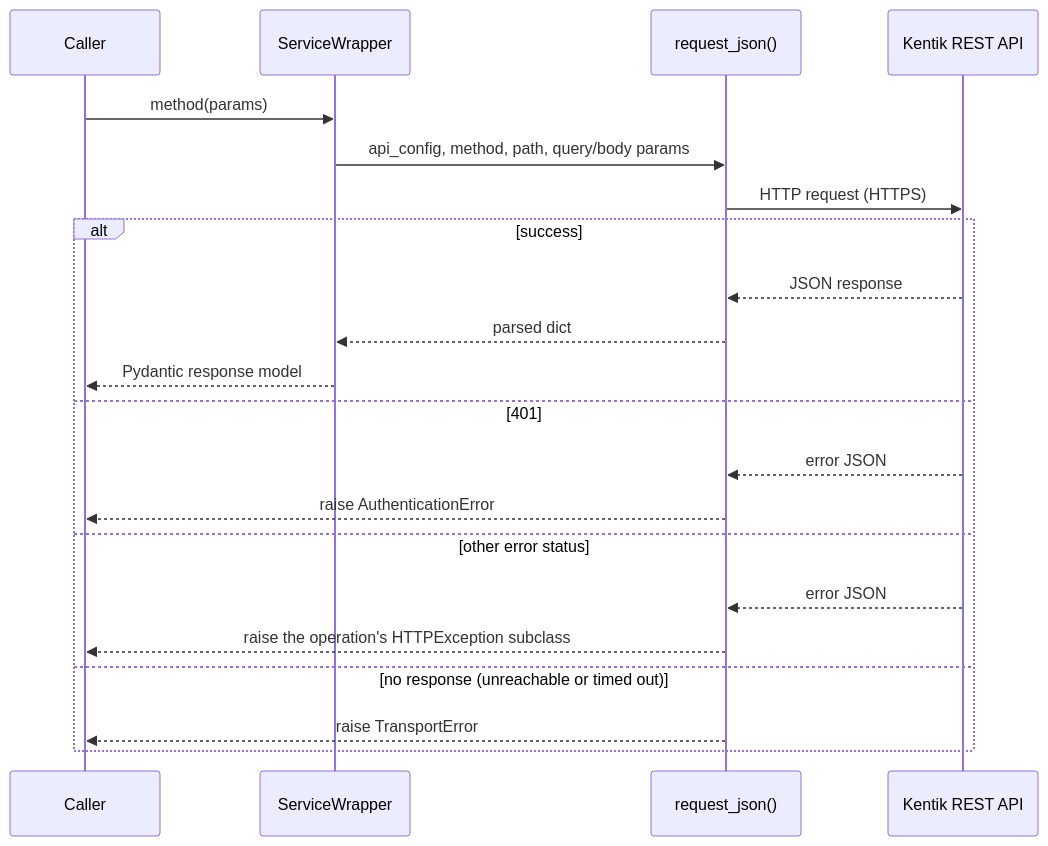
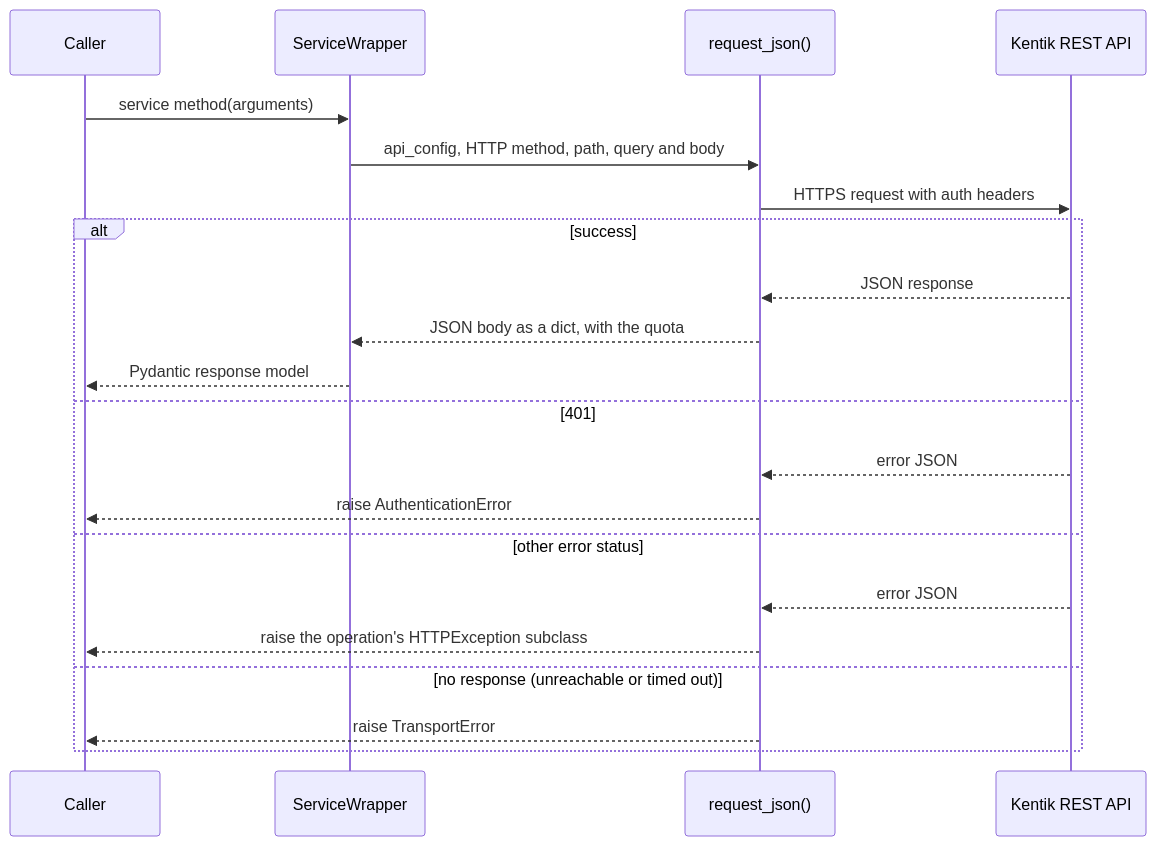
The diagram in docs/sphinx/guides/rest.md (alexdearaujo/community_sdk_python), drawn with Mermaid before and after one commit. The commit also changed other lines of this file and 129 other files, not shown here.

````diff
--- a/docs/sphinx/guides/rest.md
+++ b/docs/sphinx/guides/rest.md
@@ -79,24 +79,24 @@
 ```mermaid
 sequenceDiagram
     participant C as Caller
     participant W as ServiceWrapper
     participant RJ as request_json()
     participant API as Kentik REST API
 
-    C->>W: method(params)
-    W->>RJ: api_config, method, path, query/body params
-    RJ->>API: HTTP request (HTTPS)
+    C->>W: service method(arguments)
+    W->>RJ: api_config, HTTP method, path, query and body
+    RJ->>API: HTTPS request with auth headers
     alt success
         API-->>RJ: JSON response
-        RJ-->>W: parsed dict
+        RJ-->>W: JSON body as a dict, with the quota
         W-->>C: Pydantic response model
     else 401
         API-->>RJ: error JSON
         RJ-->>C: raise AuthenticationError
     else other error status
         API-->>RJ: error JSON
         RJ-->>C: raise the operation's HTTPException subclass
     else no response (unreachable or timed out)
         RJ-->>C: raise TransportError
     end
 ```
````
